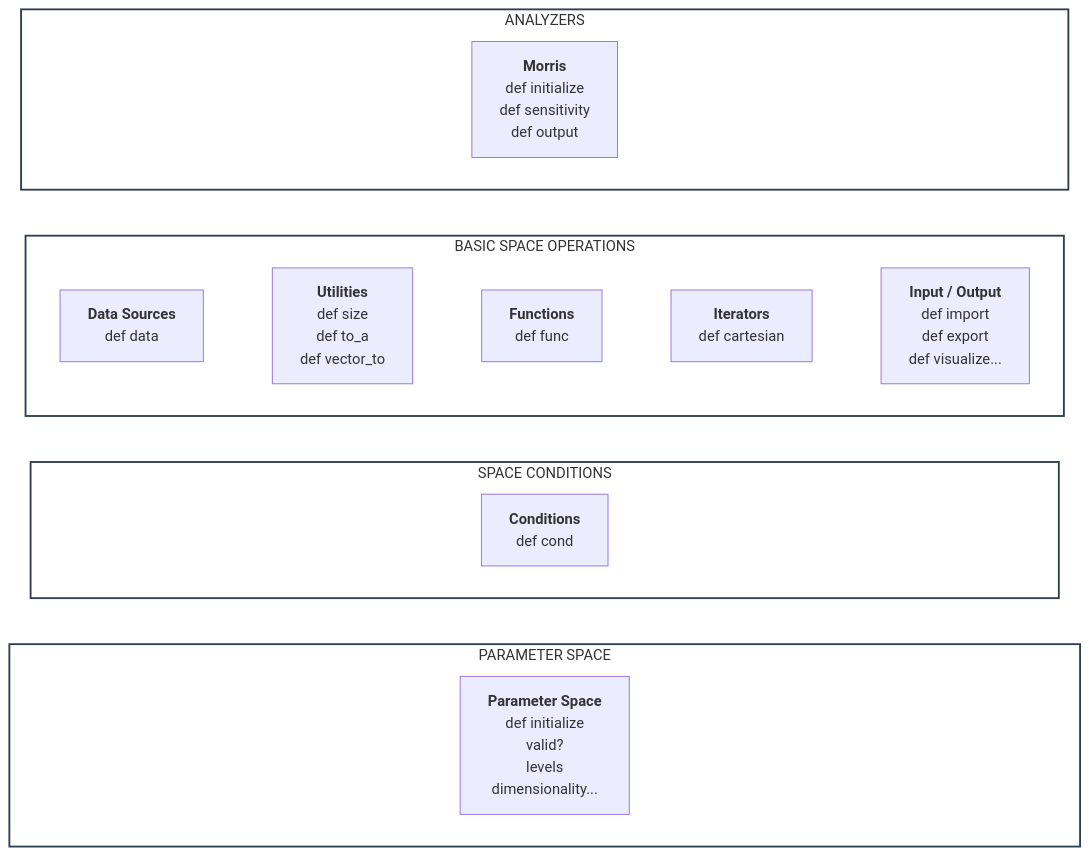
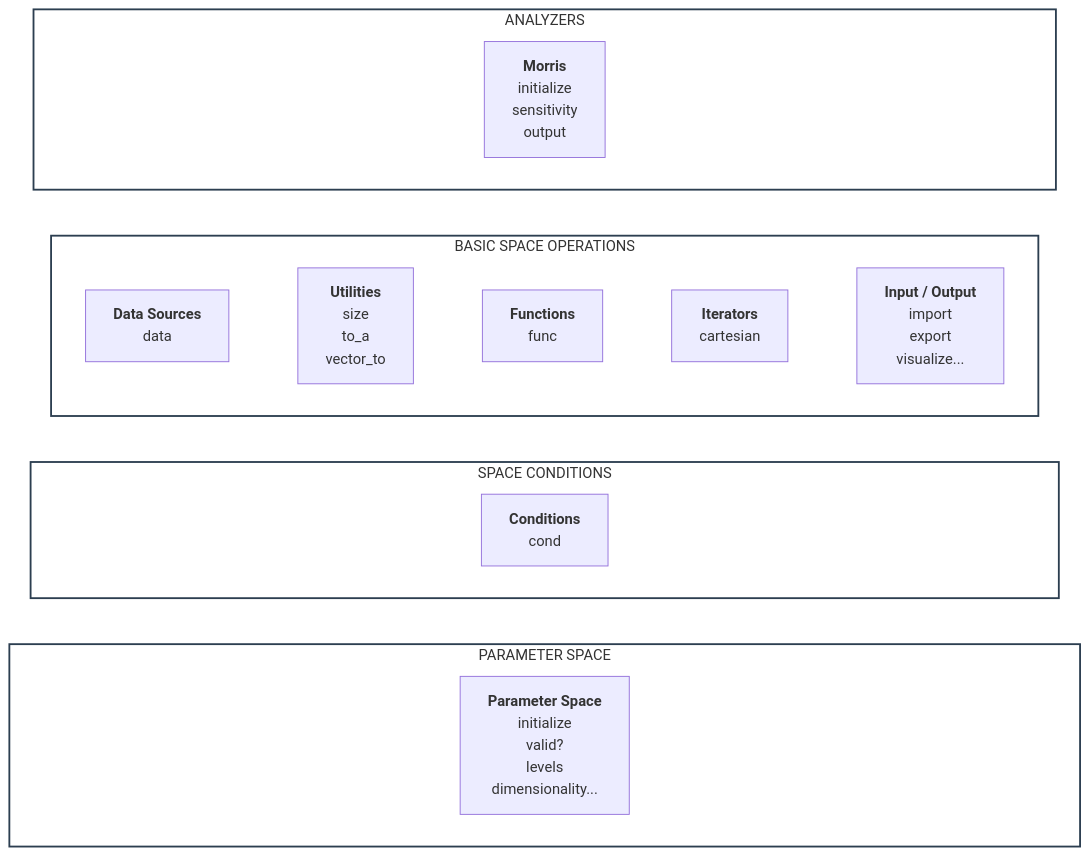
Before and after one commit to Yuri-Rassokhin/flex-cartesian: the diagram in docs/api/api.md, drawn with Mermaid.

Commit message:
updated: API documentation

````diff
--- a/docs/api/api.md
+++ b/docs/api/api.md
@@ -1,31 +1,31 @@
 ```mermaid
 flowchart TB
     classDef layer fill:#ffffff,stroke:#2c3e50,stroke-width:2px;
     classDef ghost fill:transparent,stroke:transparent,color:transparent;
 
     subgraph Analyzers ["ANALYZERS"]
         direction LR
-        gA1["xxxxxxxxxxxxxxxxxxxxxxxxxxxxxxxxxxxxxxxx"]:::ghost ~~~ M["<b>Morris</b><br/>def initialize<br/>def sensitivity<br/>def output"] ~~~ gA2["xxxxxxxxxxxxxxxxxxxxxxxxxxxxxxxxxxxxxxxx"]:::ghost
+        gA1["xxxxxxxxxxxxxxxxxxxxxxxxxxxxxxxxxxxxxxxx"]:::ghost ~~~ M["<b>Morris</b><br/>initialize<br/>sensitivity<br/>output"] ~~~ gA2["xxxxxxxxxxxxxxxxxxxxxxxxxxxxxxxxxxxxxxxx"]:::ghost
     end
 
     subgraph Core ["BASIC SPACE OPERATIONS"]
         direction LR
-        DS["<b>Data Sources</b><br/>def data"] ~~~ UT["<b>Utilities</b><br/>def size<br/>def to_a<br/>def vector_to"] ~~~ FN["<b>Functions</b><br/>def func"] ~~~ IT["<b>Iterators</b><br/>def cartesian"] ~~~ IO["<b>Input / Output</b><br/>def import<br/>def export<br/>def visualize..."]
+        DS["<b>Data Sources</b><br/>data"] ~~~ UT["<b>Utilities</b><br/>size<br/>to_a<br/>vector_to"] ~~~ FN["<b>Functions</b><br/>func"] ~~~ IT["<b>Iterators</b><br/>cartesian"] ~~~ IO["<b>Input / Output</b><br/>import<br/>export<br/>visualize..."]
     end
 
     subgraph Cond ["SPACE CONDITIONS"]
         direction LR
-        gC1["xxxxxxxxxxxxxxxxxxxxxxxxxxxxxxxxxxxxxxxx"]:::ghost ~~~ C["<b>Conditions</b><br/>def cond"] ~~~ gC2["xxxxxxxxxxxxxxxxxxxxxxxxxxxxxxxxxxxxxxxx"]:::ghost
+        gC1["xxxxxxxxxxxxxxxxxxxxxxxxxxxxxxxxxxxxxxxx"]:::ghost ~~~ C["<b>Conditions</b><br/>cond"] ~~~ gC2["xxxxxxxxxxxxxxxxxxxxxxxxxxxxxxxxxxxxxxxx"]:::ghost
     end
 
     subgraph Params ["PARAMETER SPACE"]
         direction LR
-        gP1["xxxxxxxxxxxxxxxxxxxxxxxxxxxxxxxxxxxxxxxx"]:::ghost ~~~ PS["<b>Parameter Space</b><br/>def initialize<br/>valid?<br/>levels<br/>dimensionality..."] ~~~ gP2["xxxxxxxxxxxxxxxxxxxxxxxxxxxxxxxxxxxxxxxx"]:::ghost
+        gP1["xxxxxxxxxxxxxxxxxxxxxxxxxxxxxxxxxxxxxxxx"]:::ghost ~~~ PS["<b>Parameter Space</b><br/>initialize<br/>valid?<br/>levels<br/>dimensionality..."] ~~~ gP2["xxxxxxxxxxxxxxxxxxxxxxxxxxxxxxxxxxxxxxxx"]:::ghost
     end
 
     Analyzers ~~~ Core
     Core ~~~ Cond
     Cond ~~~ Params
 
     class Analyzers,Core,Cond,Params layer;
 ```
````
